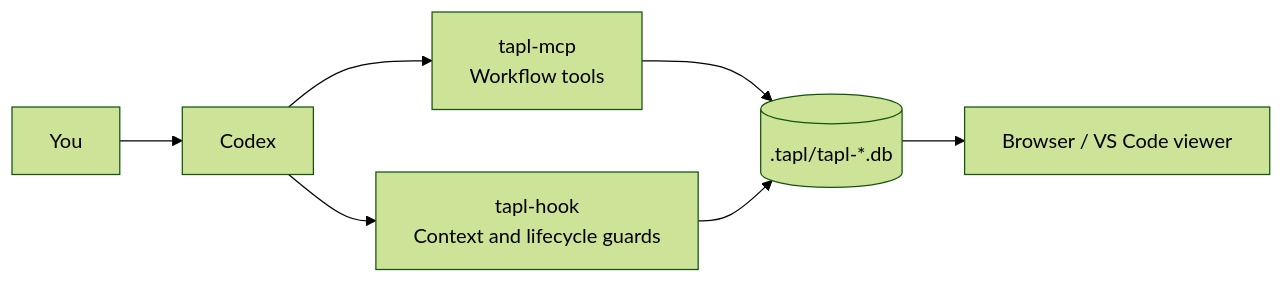
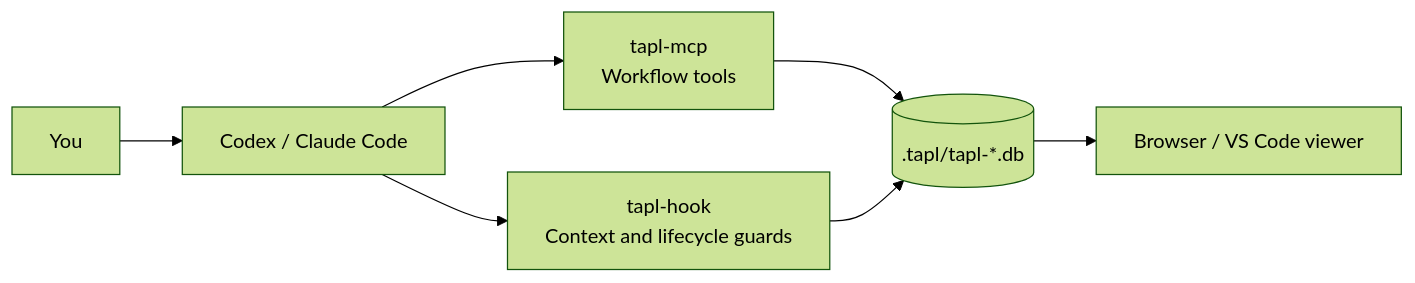
The diagram in README.md (qkdxorjs1002/tapl), drawn with Mermaid (forest theme) before and after one commit. The commit also changed other lines of this file and 50 other files, not shown here.

Commit message:
feat: add Claude Code client integration

````diff
--- a/README.md
+++ b/README.md
@@ -245,9 +245,9 @@
 ```mermaid
 flowchart LR
-    U[You] --> C[Codex]
+    U[You] --> C[Codex / Claude Code]
     C --> M[tapl-mcp<br/>Workflow tools]
     C --> H[tapl-hook<br/>Context and lifecycle guards]
     M --> D[(".tapl/tapl-*.db")]
     H --> D
     D --> V[Browser / VS Code viewer]
 ```
````
